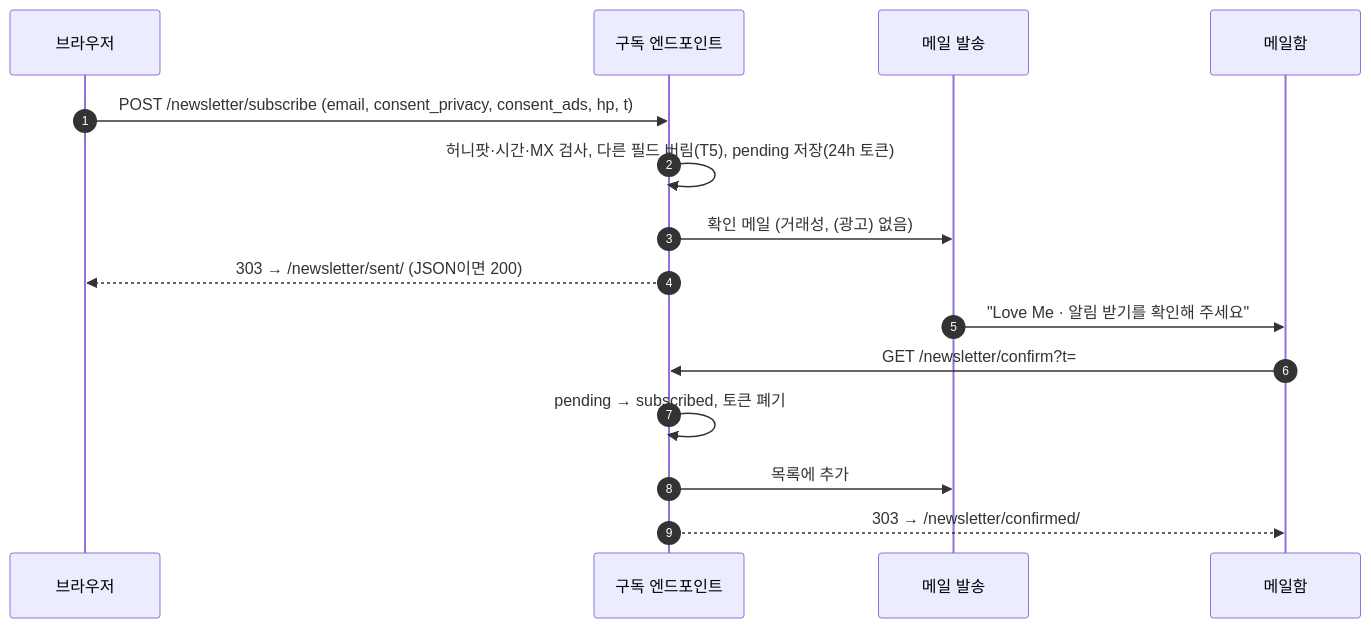
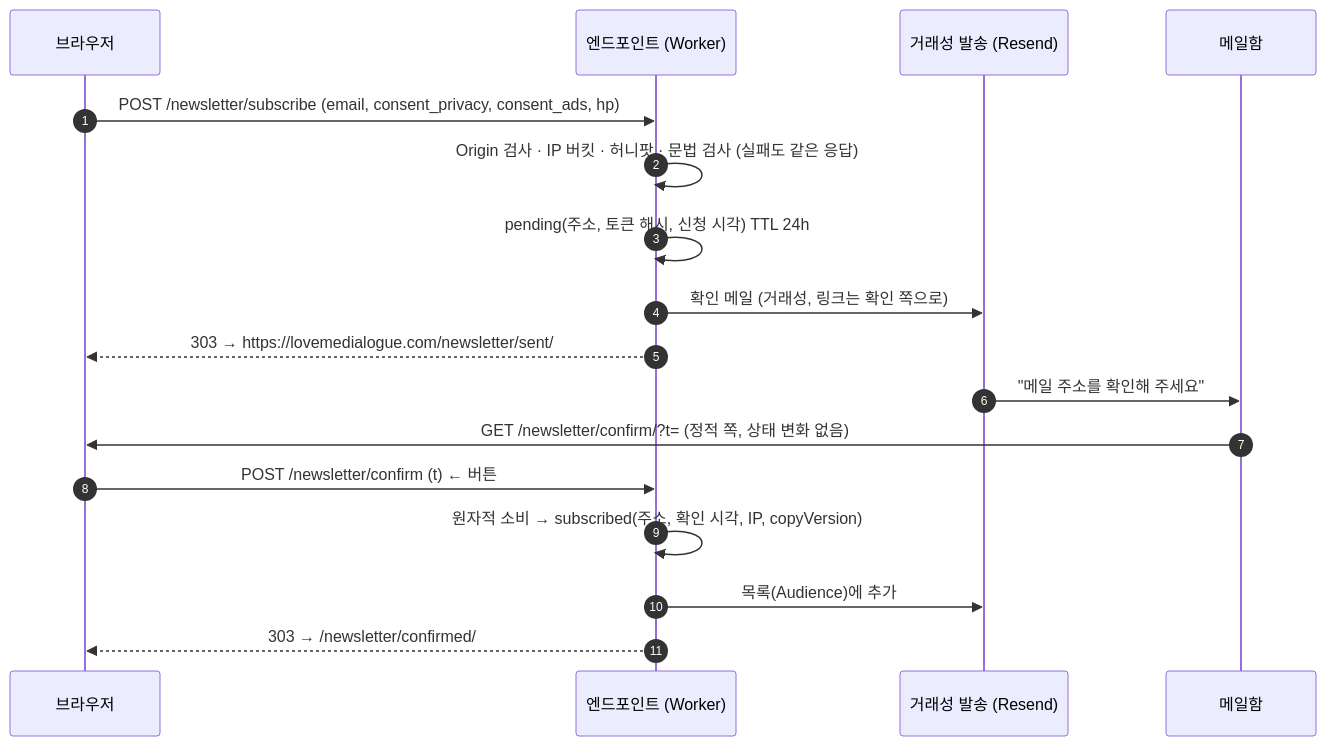
The second of 2 diagrams in docs/proposals/newsletter-ko.md (linjingzhu/beforeithappens), drawn with Mermaid before and after one commit. The commit also changed other lines of this file, not shown here.

````diff
--- a/docs/proposals/newsletter-ko.md
+++ b/docs/proposals/newsletter-ko.md
@@ -168,17 +185,19 @@
 ```mermaid
 sequenceDiagram
   autonumber
   participant R as 브라우저
-  participant S as 구독 엔드포인트
-  participant M as 메일 발송
+  participant S as 엔드포인트 (Worker)
+  participant M as 거래성 발송 (Resend)
   participant B as 메일함
-  R->>S: POST /newsletter/subscribe (email, consent_privacy, consent_ads, hp, t)
-  S->>S: 허니팟·시간·MX 검사, 다른 필드 버림(T5), pending 저장(24h 토큰)
-  S->>M: 확인 메일 (거래성, (광고) 없음)
-  S-->>R: 303 → /newsletter/sent/ (JSON이면 200)
-  M->>B: "Love Me · 알림 받기를 확인해 주세요"
-  B->>S: GET /newsletter/confirm?t=
-  S->>S: pending → subscribed, 토큰 폐기
-  S->>M: 목록에 추가
-  S-->>B: 303 → /newsletter/confirmed/
+  R->>S: POST /newsletter/subscribe (email, consent_privacy, consent_ads, hp)
+  S->>S: Origin 검사 · IP 버킷 · 허니팟 · 문법 검사 (실패도 같은 응답)
+  S->>S: pending(주소, 토큰 해시, 신청 시각) TTL 24h
+  S->>M: 확인 메일 (거래성, 링크는 확인 쪽으로)
+  S-->>R: 303 → https://lovemedialogue.com/newsletter/sent/
+  M->>B: "메일 주소를 확인해 주세요"
+  B->>R: GET /newsletter/confirm/?t= (정적 쪽, 상태 변화 없음)
+  R->>S: POST /newsletter/confirm (t)  ← 버튼
+  S->>S: 원자적 소비 → subscribed(주소, 확인 시각, IP, copyVersion)
+  S->>M: 목록(Audience)에 추가
+  S-->>R: 303 → /newsletter/confirmed/
 ```
````
